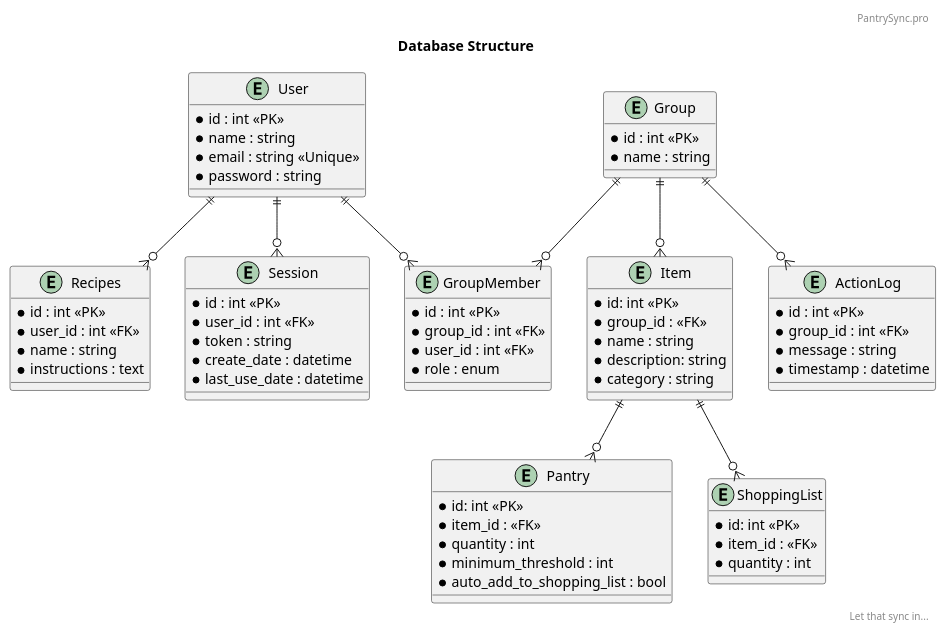
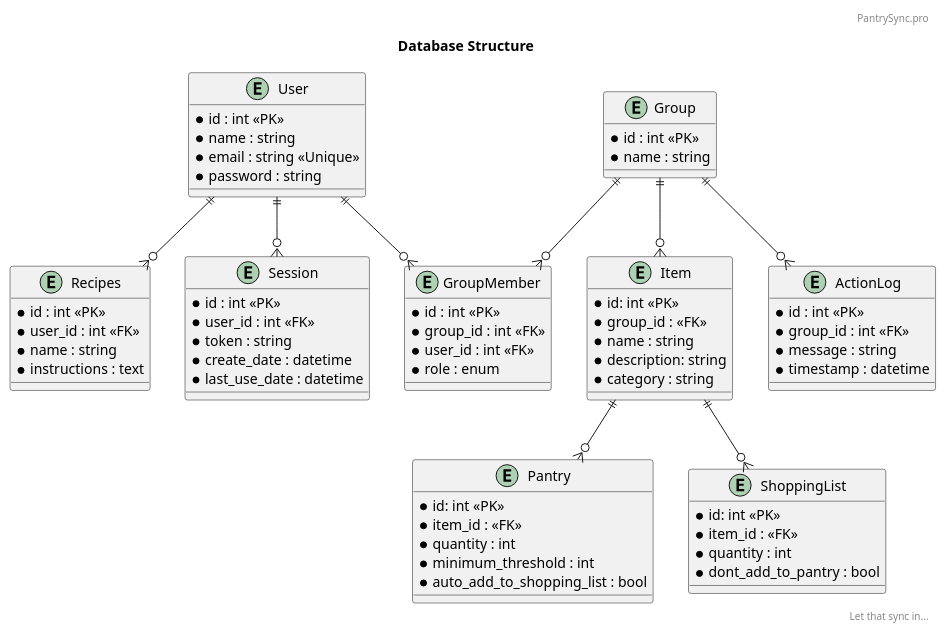
One commit to kyutc/RestockApi changed the diagram in docs/database.puml. Above: the diagram before and after it, drawn with PlantUML.

Commit message:
Add boolean to ShoppingList entity

```diff
--- a/docs/database.puml
+++ b/docs/database.puml
@@ -1,85 +1,86 @@
 @startuml Pantry Manager Classes
 
 header PantrySync.pro
 right footer Let that sync in...
 title Database Structure
 
     entity User {
         *id : int <<PK>>
         *name : string
         *email : string <<Unique>>
         *password : string
     }
 
     entity Group {
         *id : int <<PK>>
         *name : string
     }
 
     entity GroupMember {
         *id : int <<PK>>
         *group_id : int <<FK>>
         *user_id : int <<FK>>
         ' Role can be expanded to something dynamic rather than an enum
         *role : enum
     }
 
     entity Item {
         *id: int <<PK>>
         *group_id : <<FK>>
         *name : string
         *description: string
         ' Category could be an enum
         *category : string
     }
 
     entity Pantry {
         *id: int <<PK>>
         *item_id : <<FK>>
         *quantity : int
         *minimum_threshold : int
         *auto_add_to_shopping_list : bool
     }
 
     entity ShoppingList {
         *id: int <<PK>>
         *item_id : <<FK>>
         *quantity : int
+		*dont_add_to_pantry : bool
     }
 
     entity Recipes {
         *id : int <<PK>>
         *user_id : int <<FK>>
         *name : string
         /' Including ingredients here for the purpose of identifying possible recipes for given ingredients would
            require a more advanced structure.
         '/
         *instructions : text
     }
     
     entity ActionLog {
         ' Is this an audit log?
         *id : int <<PK>>
         *group_id : int <<FK>>
         *message : string
         *timestamp : datetime
     }
 
     entity Session {
         *id : int <<PK>>
         *user_id : int <<FK>>
         *token : string
         *create_date : datetime
         *last_use_date : datetime
     }
 
     User  ||--o{ GroupMember
     User  ||--o{ Recipes
     User  ||--o{ Session
     Group ||--o{ ActionLog
     Group ||--o{ GroupMember
     Group ||--o{ Item
     Item  ||--o{ Pantry
     Item  ||--o{ ShoppingList
 
 @enduml
```
